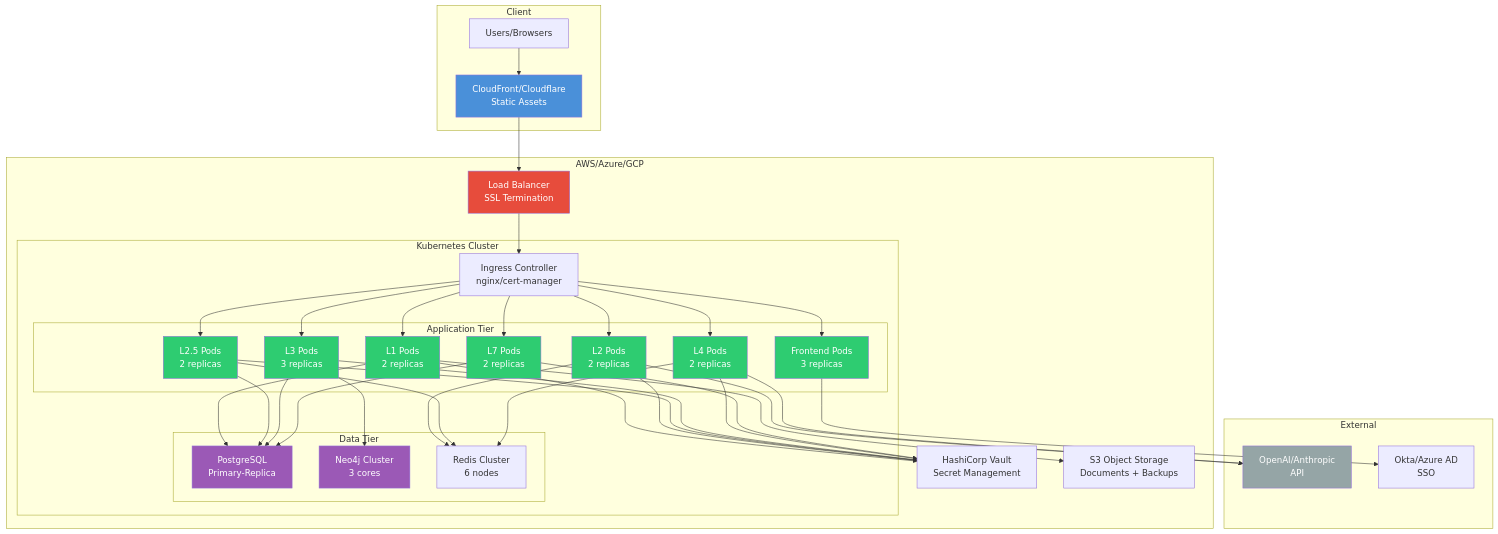
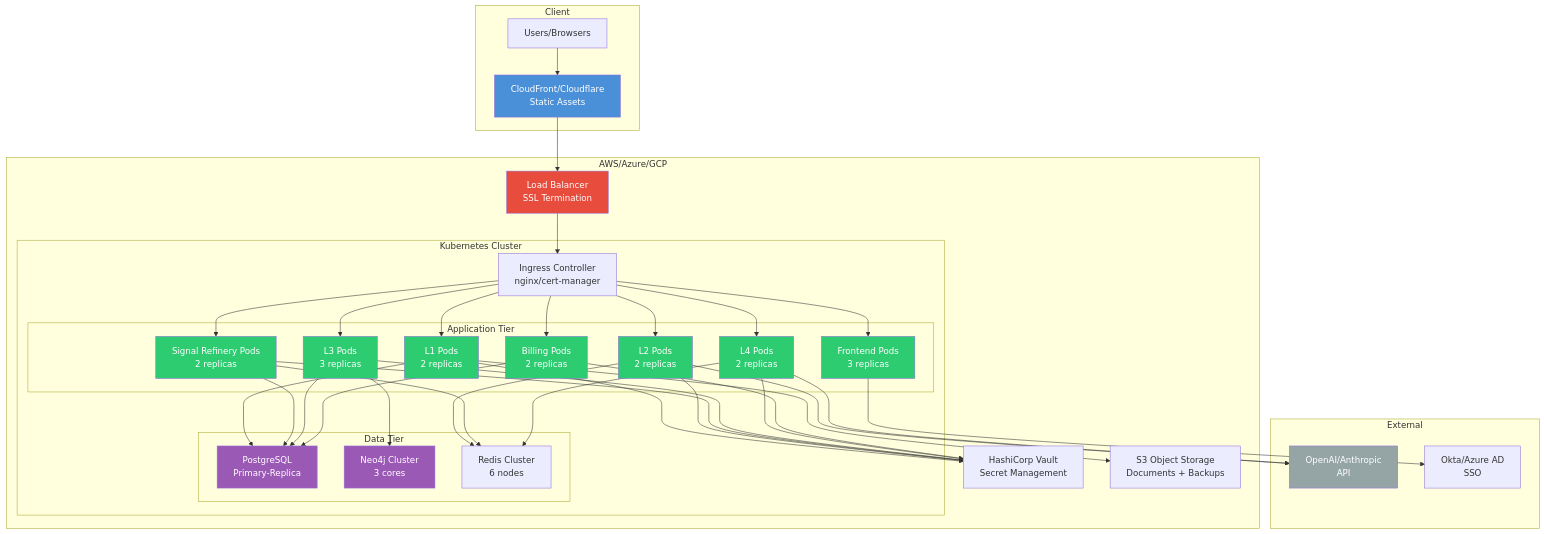
One commit to Valynt/Fabric_4L changed the tenth of 11 diagrams in docs/core-concepts/architecture.md. Above: the diagram before and after it, drawn with Mermaid. The commit also changed other lines of this file and 21 other files, not shown here.

```diff
--- a/docs/core-concepts/architecture.md
+++ b/docs/core-concepts/architecture.md
@@ -496,10 +503,10 @@
                 FE_POD[Frontend Pods<br/>3 replicas]
                 L1_POD[L1 Pods<br/>2 replicas]
                 L2_POD[L2 Pods<br/>2 replicas]
-                L2_5_POD[L2.5 Pods<br/>2 replicas]
+                L2_5_POD[Signal Refinery Pods<br/>2 replicas]
                 L3_POD[L3 Pods<br/>3 replicas]
                 L4_POD[L4 Pods<br/>2 replicas]
-                L7_POD[L7 Pods<br/>2 replicas]
+                L7_POD[Billing Pods<br/>2 replicas]
             end
             
             subgraph "Data Tier"
```
